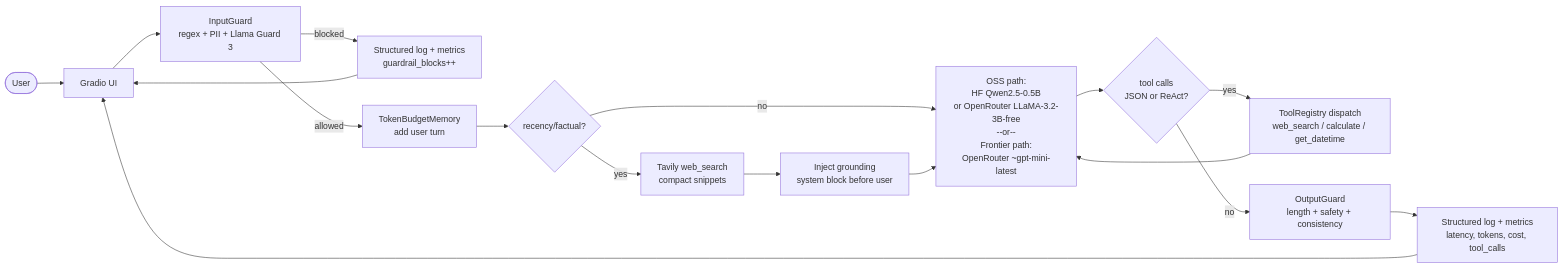
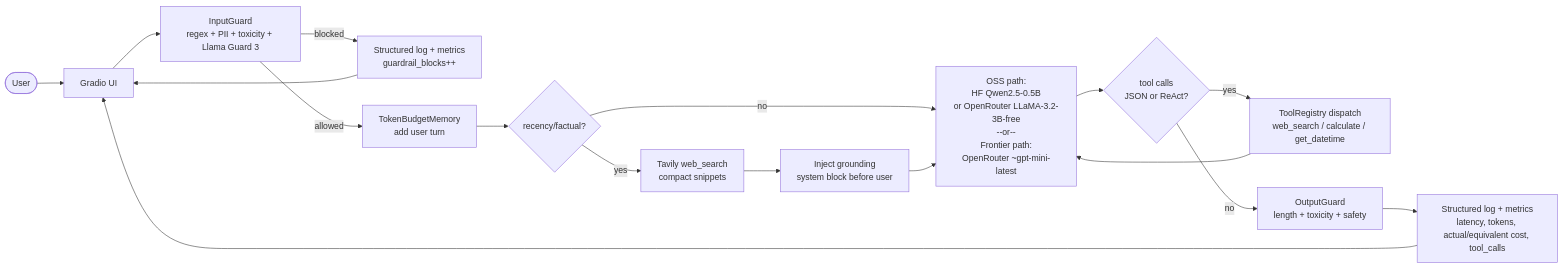
One commit to G26karthik/Dual-AI-Assistant-s-Benchmark changed the first of 2 diagrams in README.md. Above: the diagram before and after it, drawn with Mermaid. The commit also changed other lines of this file and 38 other files, not shown here.

````diff
--- a/README.md
+++ b/README.md
@@ -146,19 +173,19 @@
 ```mermaid
 flowchart LR
   User([User]) --> UI[Gradio UI]
-  UI --> InGuard[InputGuard<br/>regex + PII + Llama Guard 3]
+  UI --> InGuard[InputGuard<br/>regex + PII + toxicity + Llama Guard 3]
   InGuard -- blocked --> Log1[Structured log + metrics<br/>guardrail_blocks++]
   Log1 --> UI
   InGuard -- allowed --> Mem[TokenBudgetMemory<br/>add user turn]
   Mem --> Plan{recency/factual?}
   Plan -- yes --> Search[Tavily web_search<br/>compact snippets]
   Plan -- no --> LLM
   Search --> Inject[Inject grounding<br/>system block before user]
   Inject --> LLM[OSS path:<br/>HF Qwen2.5-0.5B<br/>or OpenRouter LLaMA-3.2-3B-free<br/>--or--<br/>Frontier path:<br/>OpenRouter ~gpt-mini-latest]
   LLM --> Tools{tool calls<br/>JSON or ReAct?}
   Tools -- yes --> Dispatch[ToolRegistry dispatch<br/>web_search / calculate / get_datetime]
   Dispatch --> LLM
-  Tools -- no --> OutGuard[OutputGuard<br/>length + safety + consistency]
-  OutGuard --> Log2[Structured log + metrics<br/>latency, tokens, cost, tool_calls]
+  Tools -- no --> OutGuard[OutputGuard<br/>length + toxicity + safety]
+  OutGuard --> Log2[Structured log + metrics<br/>latency, tokens, actual/equivalent cost, tool_calls]
   Log2 --> UI
 ```
````
